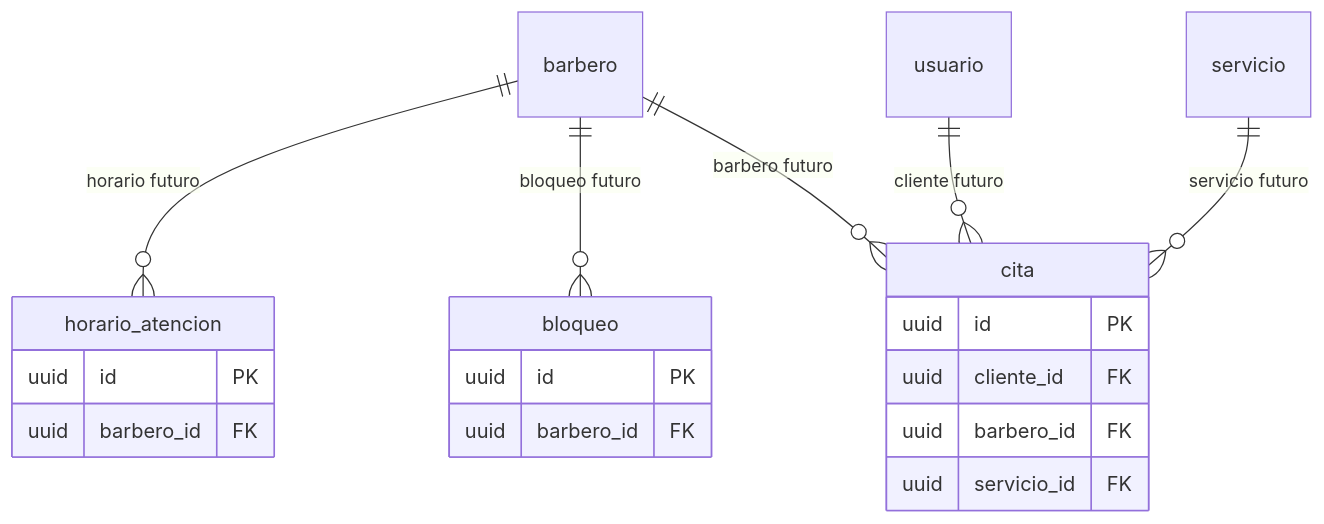
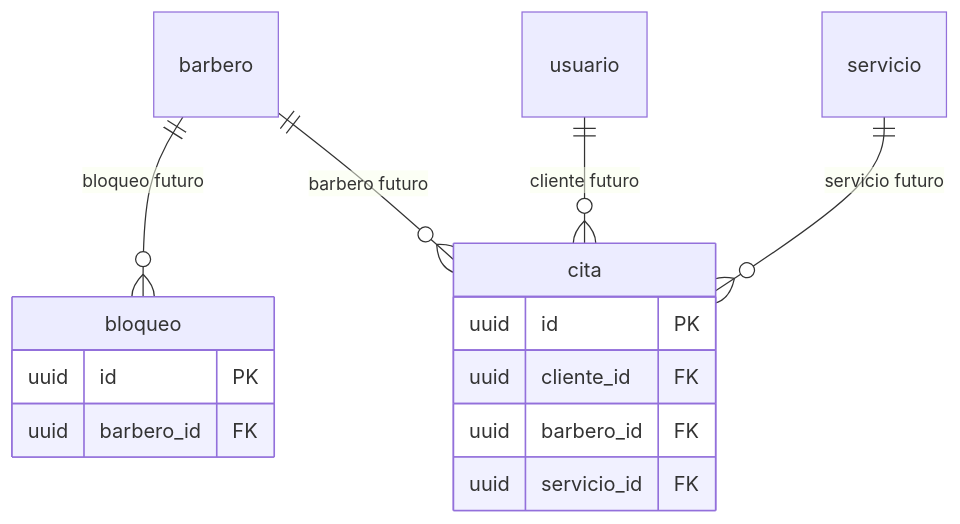
One commit to SantiagoBastidas04/oalbarber changed the second of 2 diagrams in docs/arquitectura/modelo-datos.md. Above: the diagram before and after it, drawn with Mermaid. The commit also changed other lines of this file and 32 other files, not shown here.

First line of the commit message:
feat(horario): horario semanal por barbero con almuerzo y fechas especiales

````diff
--- a/docs/arquitectura/modelo-datos.md
+++ b/docs/arquitectura/modelo-datos.md
@@ -90,23 +114,18 @@
 ```mermaid
 erDiagram
-    barbero ||--o{ horario_atencion : "horario futuro"
     barbero ||--o{ bloqueo : "bloqueo futuro"
     usuario ||--o{ cita : "cliente futuro"
     barbero ||--o{ cita : "barbero futuro"
     servicio ||--o{ cita : "servicio futuro"
 
-    horario_atencion {
-        uuid id PK
-        uuid barbero_id FK
-    }
     bloqueo {
         uuid id PK
         uuid barbero_id FK
     }
     cita {
         uuid id PK
         uuid cliente_id FK
         uuid barbero_id FK
         uuid servicio_id FK
     }
 ```
````
